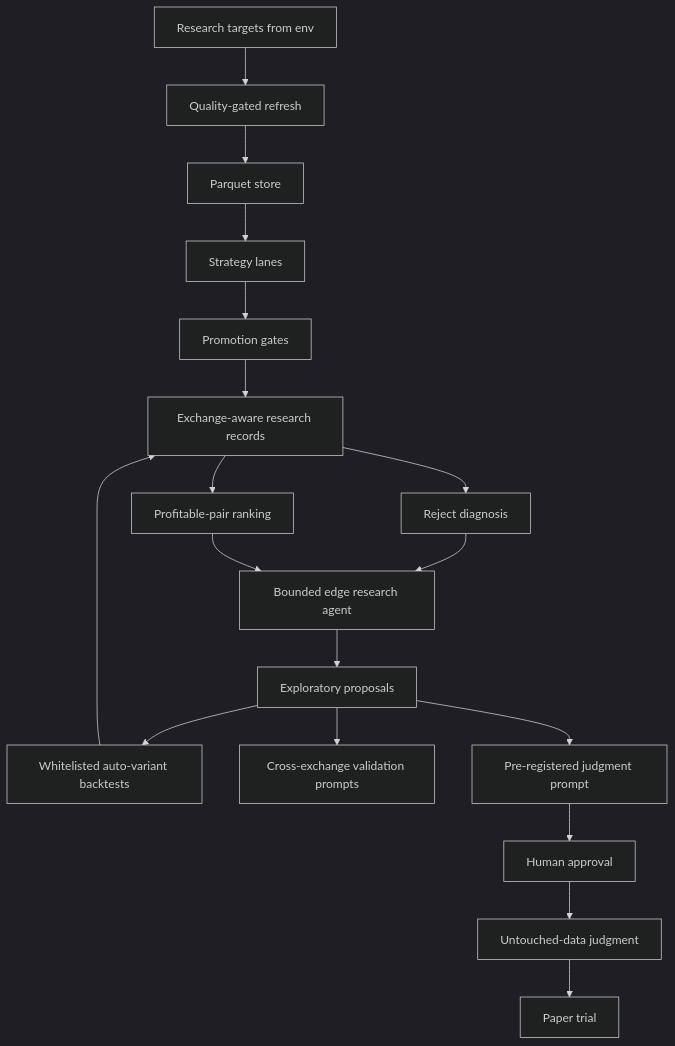
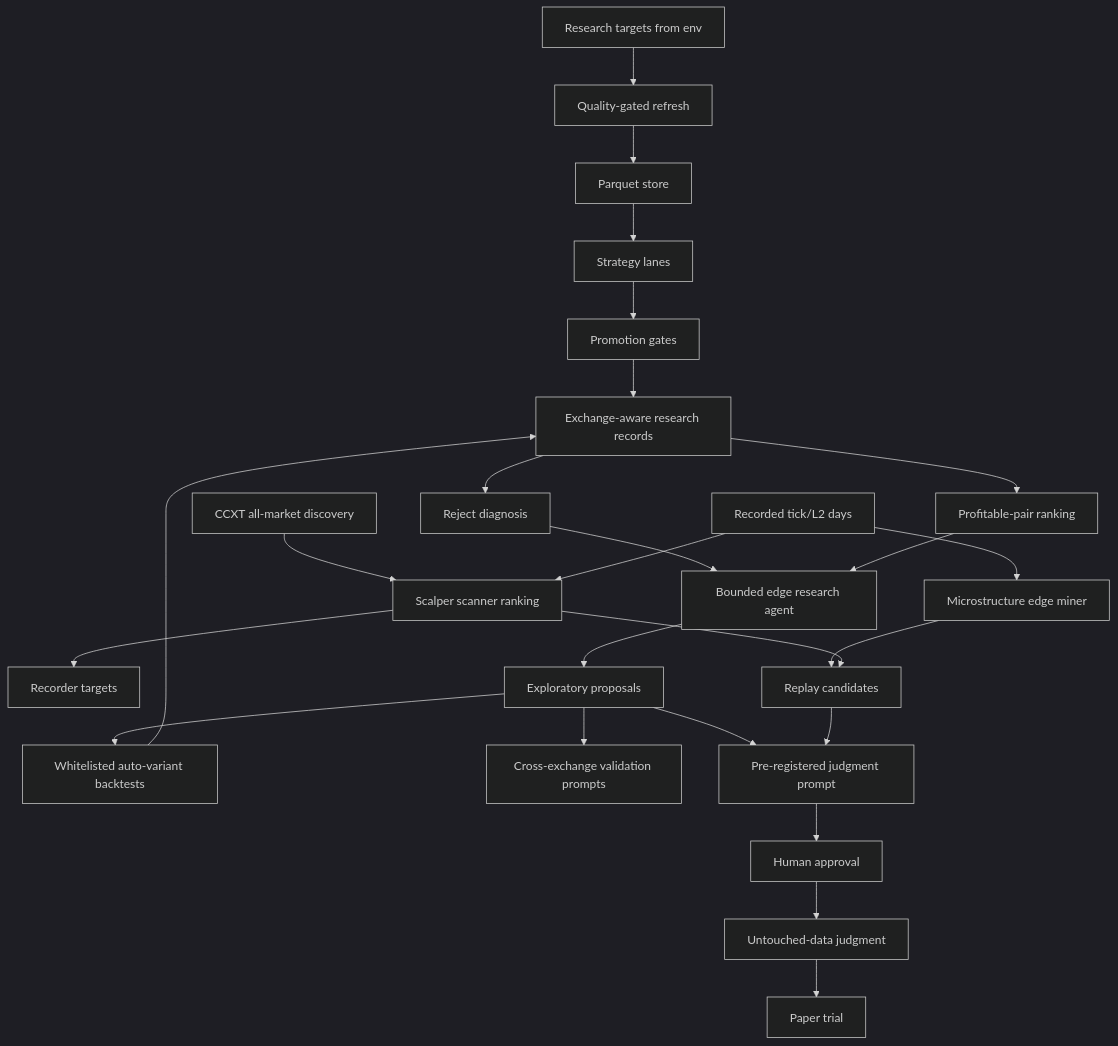
One commit to vikkl1990/vnedge changed the fourth of 6 diagrams in docs/ARCHITECTURE_FLOW.md. Above: the diagram before and after it, drawn with Mermaid (dark theme). The commit also changed other lines of this file and 9 other files, not shown here.

Commit message:
Add scalper scanner ranking

````diff
--- a/docs/ARCHITECTURE_FLOW.md
+++ b/docs/ARCHITECTURE_FLOW.md
@@ -136,20 +145,27 @@
 ```mermaid
 flowchart TB
     Targets["Research targets from env"] --> Refresh["Quality-gated refresh"]
+    MarketDiscovery["CCXT all-market discovery"] --> ScalpScan
     Refresh --> Store["Parquet store"]
     Store --> Lanes["Strategy lanes"]
     Lanes --> Gates["Promotion gates"]
     Gates --> Records["Exchange-aware research records"]
     Records --> Profitable["Profitable-pair ranking"]
+    TickData["Recorded tick/L2 days"] --> ScalpScan["Scalper scanner ranking"]
+    ScalpScan --> RecorderTargets["Recorder targets"]
+    TickData --> EdgeMiner["Microstructure edge miner"]
+    EdgeMiner --> ReplayCandidates
+    ScalpScan --> ReplayCandidates["Replay candidates"]
     Records --> Diagnosis["Reject diagnosis"]
     Diagnosis --> Agent["Bounded edge research agent"]
     Profitable --> Agent
     Agent --> Proposals["Exploratory proposals"]
     Proposals --> Variants["Whitelisted auto-variant backtests"]
     Proposals --> CrossVenue["Cross-exchange validation prompts"]
     Proposals --> JudgmentPrompt["Pre-registered judgment prompt"]
+    ReplayCandidates --> JudgmentPrompt
     Variants --> Records
     JudgmentPrompt --> Human["Human approval"]
     Human --> Untouched["Untouched-data judgment"]
     Untouched --> Paper["Paper trial"]
 ```
````
